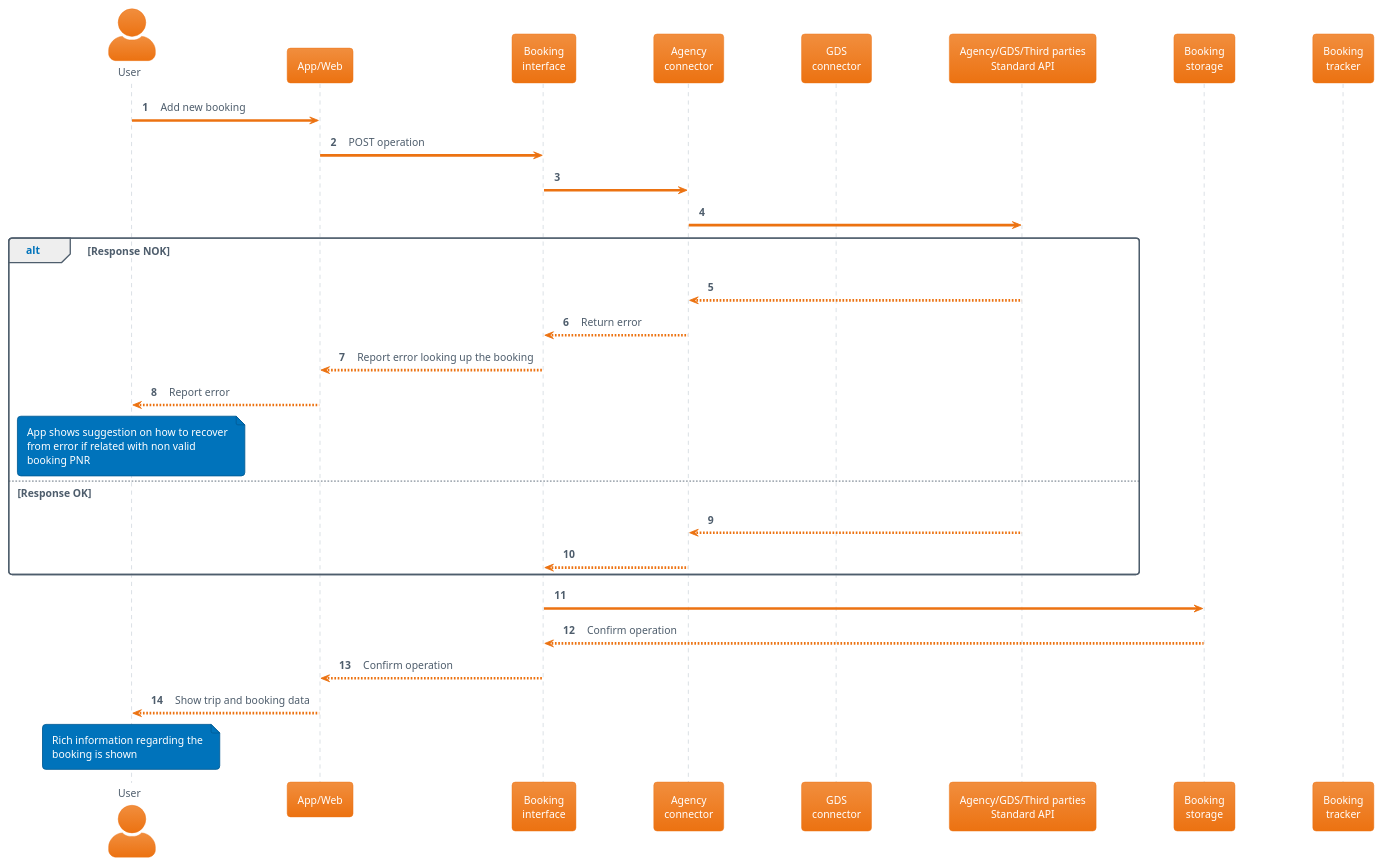
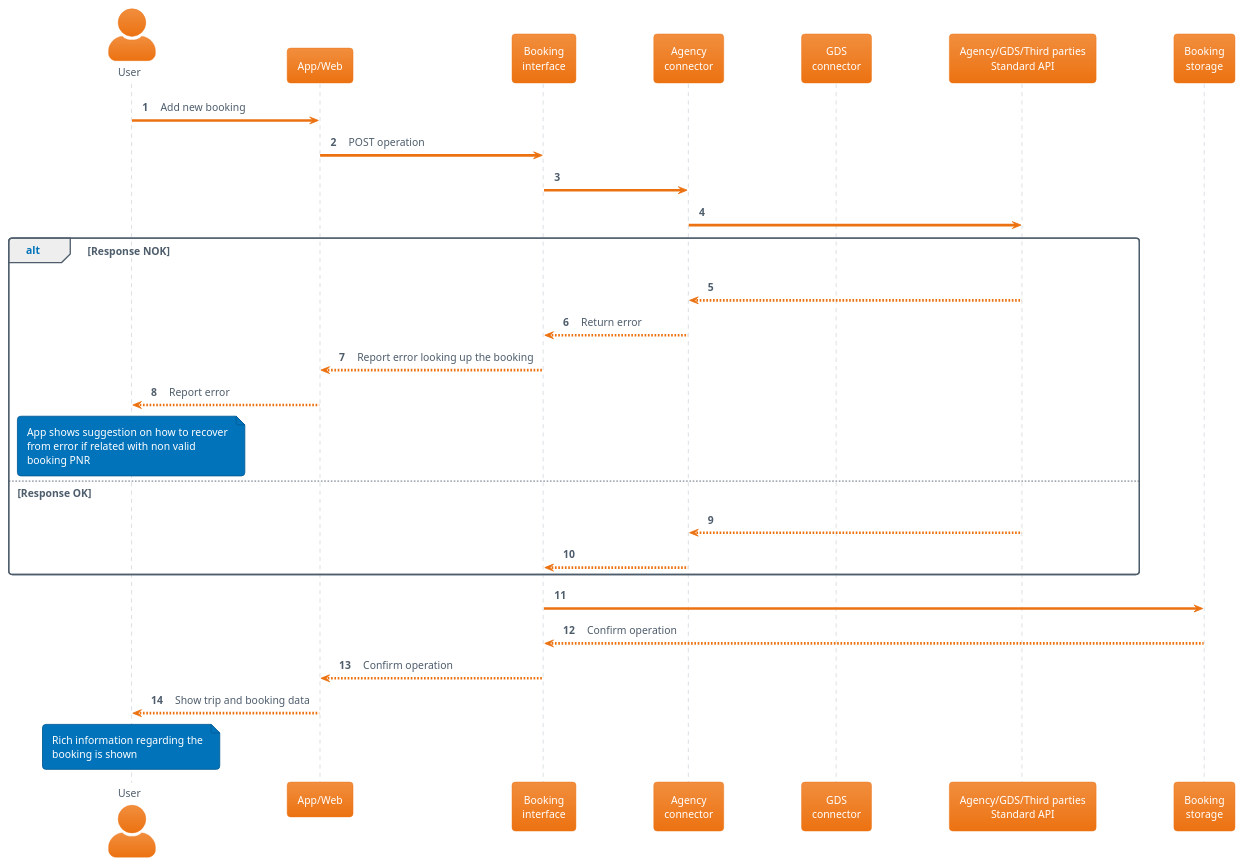
The first of 2 diagrams in doc/use_cases/user_add_booking_manually.md (relic-da/ArchEnemies), drawn with PlantUML before and after one commit. The commit also changed other lines of this file, not shown here.

Commit message:
Fix TOC and diagram

````diff
--- a/doc/use_cases/user_add_booking_manually.md
+++ b/doc/use_cases/user_add_booking_manually.md
@@ -15,48 +13,47 @@
 ```plantuml
 @startuml user_add_booking_manually
 !theme aws-orange
 
 skinparam BackgroundColor white
 skinparam actorstyle awesome
 autonumber 1
 
 actor "User" as user
 participant "App/Web" as app
 participant "Booking\ninterface" as booking_interface
 participant "Agency\nconnector" as agency_connector
 participant "GDS\nconnector" as gds_connector
 participant "Agency/GDS/Third parties\nStandard API" as third_parties
 participant "Booking\nstorage" as booking_storage
-participant "Booking\ntracker" as booking_tracker
 
 user -> app: Add new booking
 app -> booking_interface: POST operation
 booking_interface -> agency_connector
 agency_connector -> third_parties
 
 alt Response NOK
    third_parties --> agency_connector
    agency_connector --> booking_interface: Return error
    booking_interface --> app: Report error looking up the booking
    app --> user: Report error
    note over user
       App shows suggestion on how to recover
       from error if related with non valid
       booking PNR
    end note
 else Response OK
    third_parties --> agency_connector
    agency_connector --> booking_interface
 end
 
 booking_interface -> booking_storage
 return Confirm operation
 booking_interface --> app: Confirm operation
 app --> user: Show trip and booking data
 note over user
    Rich information regarding the
    booking is shown
 end note
 @enduml
 
 ```
````
